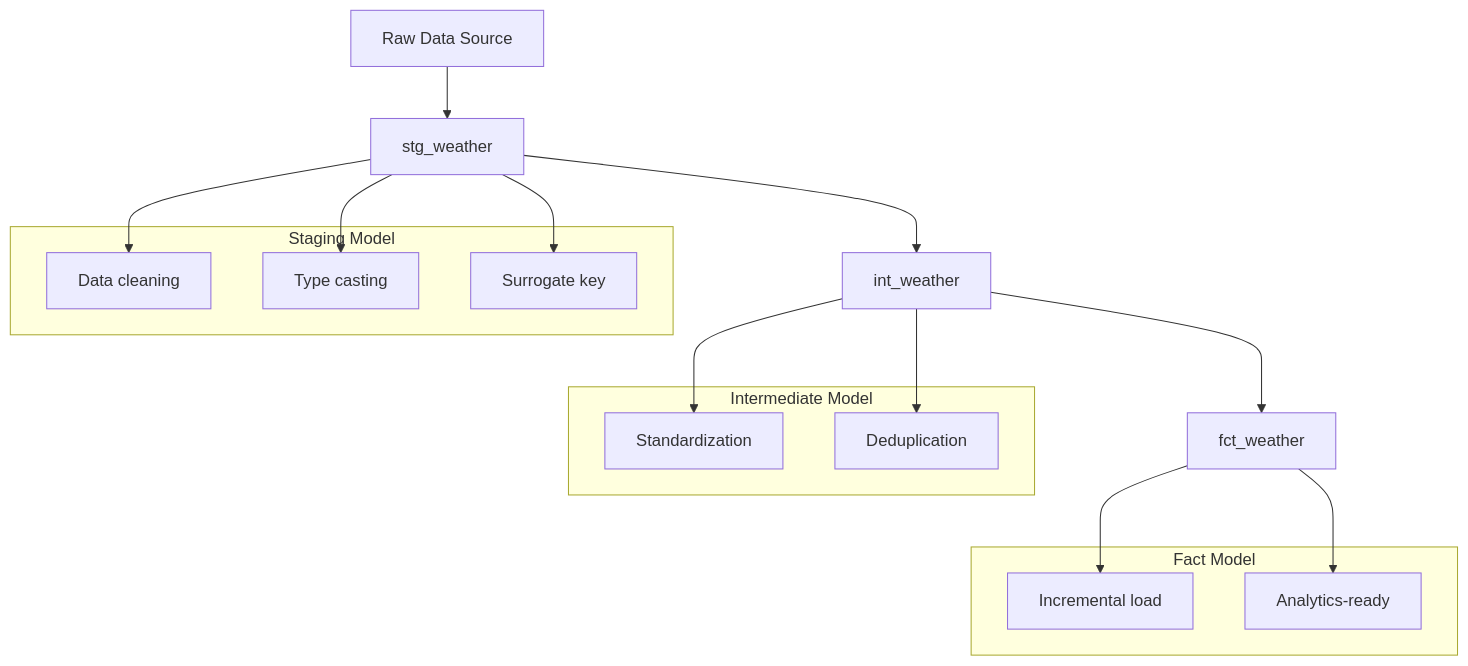
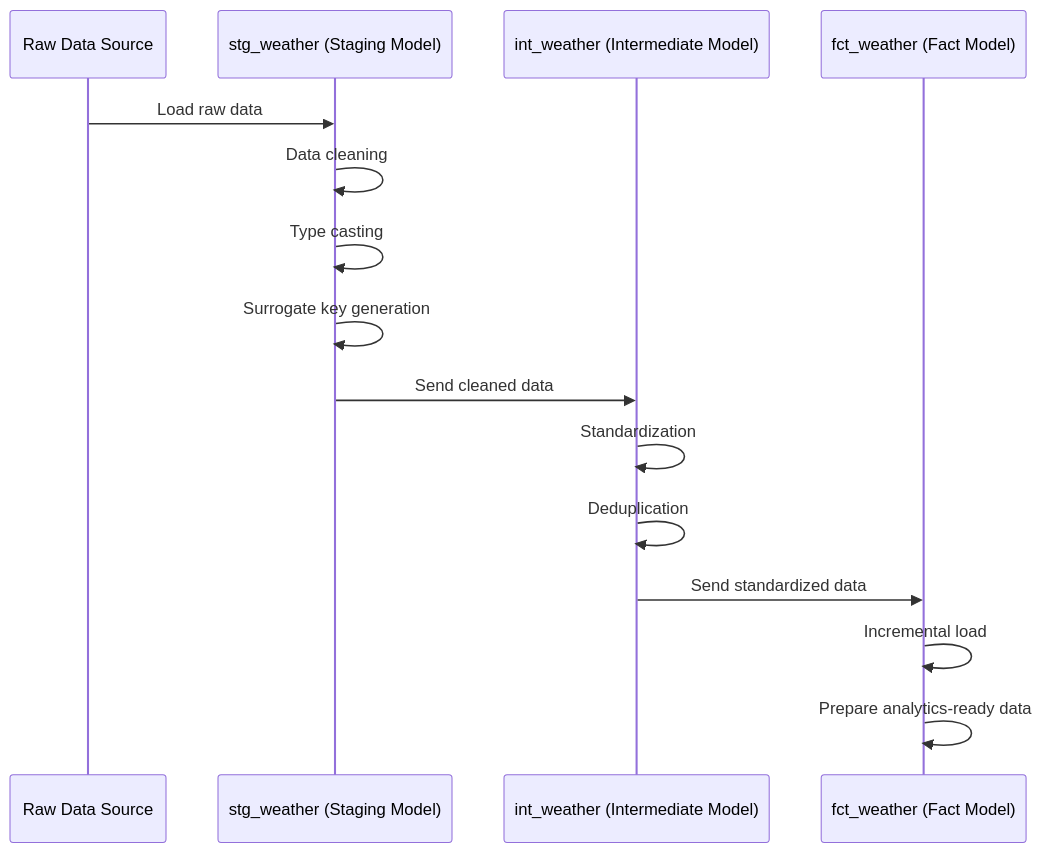
One commit to arjunrarjunr/de-zoomcamp-final-2025 changed the diagram in dbt/README.md. Above: the diagram before and after it, drawn with Mermaid.

Commit message:
Refactor block diagram in README.md to use sequence diagram format for improved clarity in data flow and processing steps.

````diff
--- a/dbt/README.md
+++ b/dbt/README.md
@@ -33,29 +33,18 @@
 ```mermaid
-flowchart TD
-    A[Raw Data Source] --> B[stg_weather]
-    B --> C[int_weather]
-    C --> D[fct_weather]
+sequenceDiagram
+    participant A as Raw Data Source
+    participant B as stg_weather (Staging Model)
+    participant C as int_weather (Intermediate Model)
+    participant D as fct_weather (Fact Model)
 
-    subgraph Staging Model
-        note1[Data cleaning]
-        note2[Type casting]
-        note3[Surrogate key]
-    end
-    subgraph Intermediate Model
-        note4[Standardization]
-        note5[Deduplication]
-    end
-    subgraph Fact Model
-        note6[Incremental load]
-        note7[Analytics-ready]
-    end
-
-    B --> note1
-    B --> note2
-    B --> note3
-    C --> note4
-    C --> note5
-    D --> note6
-    D --> note7
-
+    A->>B: Load raw data
+    B->>B: Data cleaning
+    B->>B: Type casting
+    B->>B: Surrogate key generation
+    B->>C: Send cleaned data
+    C->>C: Standardization
+    C->>C: Deduplication
+    C->>D: Send standardized data
+    D->>D: Incremental load
+    D->>D: Prepare analytics-ready data
 ```
````
